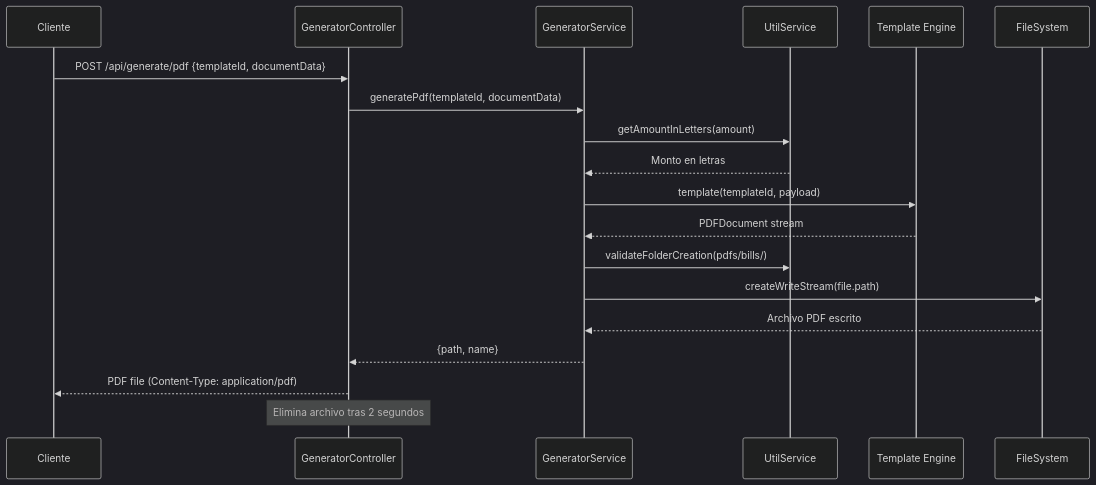
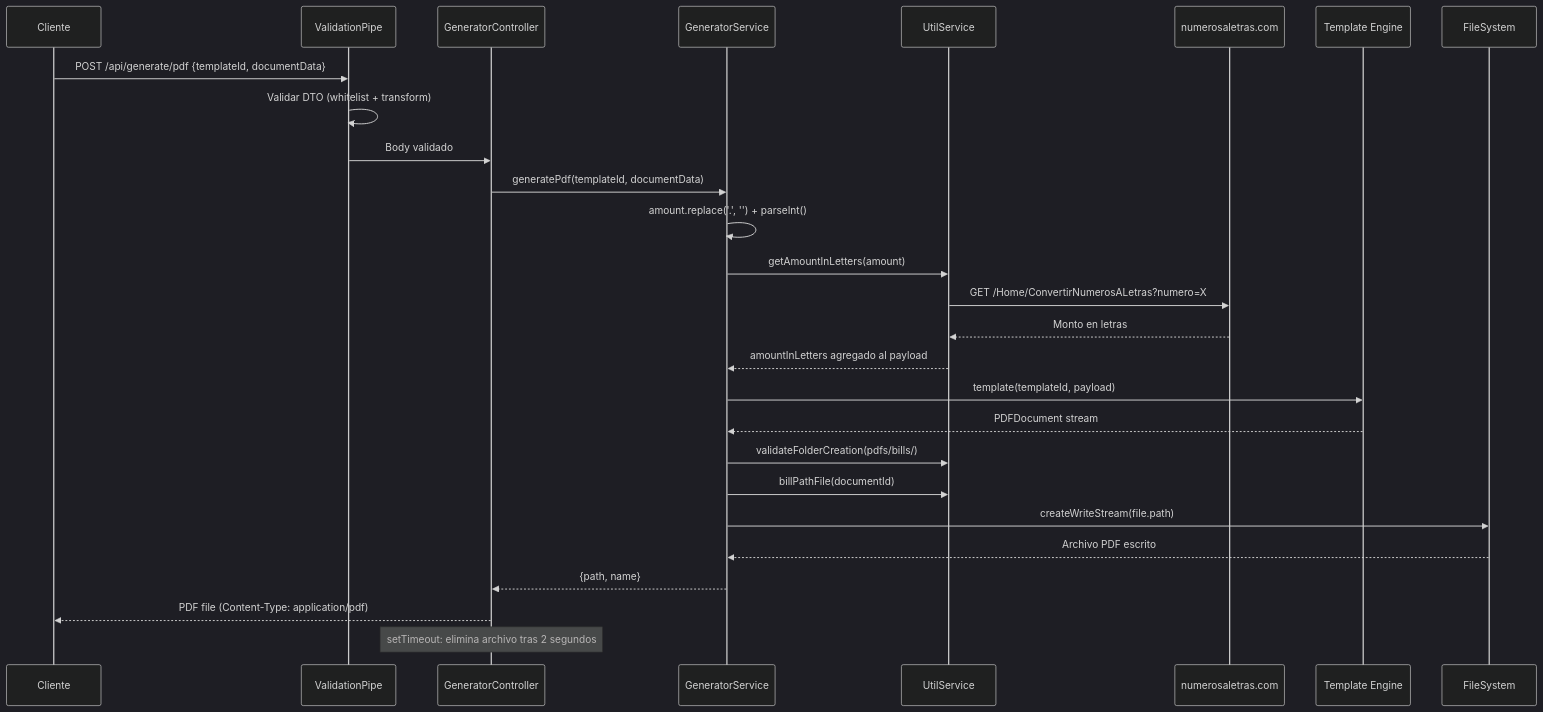
One commit to cmontesvergara/doc-forge changed the second of 3 diagrams in sync/feddocs/architecture.md. Above: the diagram before and after it, drawn with Mermaid (dark theme). The commit also changed other lines of this file and 5 other files, not shown here.

````diff
--- a/sync/feddocs/architecture.md
+++ b/sync/feddocs/architecture.md
@@ -57,22 +88,30 @@
 ```mermaid
 sequenceDiagram
     participant C as Cliente
+    participant VP as ValidationPipe
     participant GC as GeneratorController
     participant GS as GeneratorService
     participant US as UtilService
+    participant API as numerosaletras.com
     participant TE as Template Engine
     participant FS as FileSystem
 
-    C->>GC: POST /api/generate/pdf {templateId, documentData}
+    C->>VP: POST /api/generate/pdf {templateId, documentData}
+    VP->>VP: Validar DTO (whitelist + transform)
+    VP->>GC: Body validado
     GC->>GS: generatePdf(templateId, documentData)
+    GS->>GS: amount.replace('.', '') + parseInt()
     GS->>US: getAmountInLetters(amount)
-    US-->>GS: Monto en letras
+    US->>API: GET /Home/ConvertirNumerosALetras?numero=X
+    API-->>US: Monto en letras
+    US-->>GS: amountInLetters agregado al payload
     GS->>TE: template(templateId, payload)
     TE-->>GS: PDFDocument stream
     GS->>US: validateFolderCreation(pdfs/bills/)
+    GS->>US: billPathFile(documentId)
     GS->>FS: createWriteStream(file.path)
     FS-->>GS: Archivo PDF escrito
     GS-->>GC: {path, name}
     GC-->>C: PDF file (Content-Type: application/pdf)
-    Note over GC: Elimina archivo tras 2 segundos
+    Note over GC: setTimeout: elimina archivo tras 2 segundos
 ```
````
